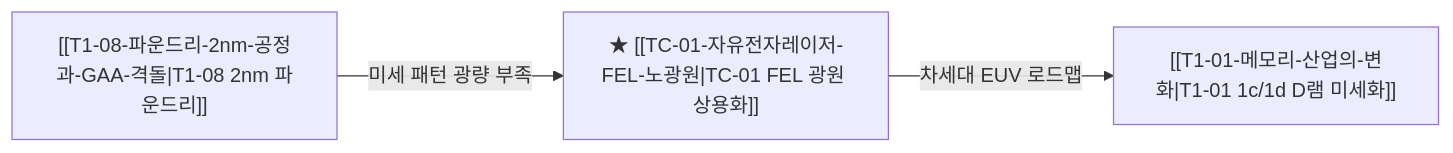
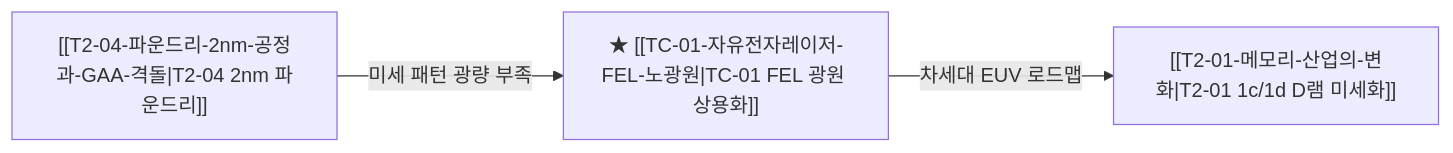
Before and after one commit to zoofighter/b_0901_Argus_pulse: the diagram in thesis/Incubator/TC-01-자유전자레이저-FEL-노광원.md, drawn with Mermaid. The commit also changed 177 other files, not shown here.

````diff
--- a/thesis/Incubator/TC-01-자유전자레이저-FEL-노광원.md
+++ b/thesis/Incubator/TC-01-자유전자레이저-FEL-노광원.md
@@ -45,5 +45,5 @@
 ```mermaid
 flowchart LR
-    P_2nm["[[T1-08-파운드리-2nm-공정과-GAA-격돌|T1-08 2nm 파운드리]]"] -->|미세 패턴 광량 부족| T_Main["★ [[TC-01-자유전자레이저-FEL-노광원|TC-01 FEL 광원 상용화]]"]
-    T_Main -->|차세대 EUV 로드맵| D_Mem["[[T1-01-메모리-산업의-변화|T1-01 1c/1d D램 미세화]]"]
+    P_2nm["[[T2-04-파운드리-2nm-공정과-GAA-격돌|T2-04 2nm 파운드리]]"] -->|미세 패턴 광량 부족| T_Main["★ [[TC-01-자유전자레이저-FEL-노광원|TC-01 FEL 광원 상용화]]"]
+    T_Main -->|차세대 EUV 로드맵| D_Mem["[[T2-01-메모리-산업의-변화|T2-01 1c/1d D램 미세화]]"]
 ```
````
